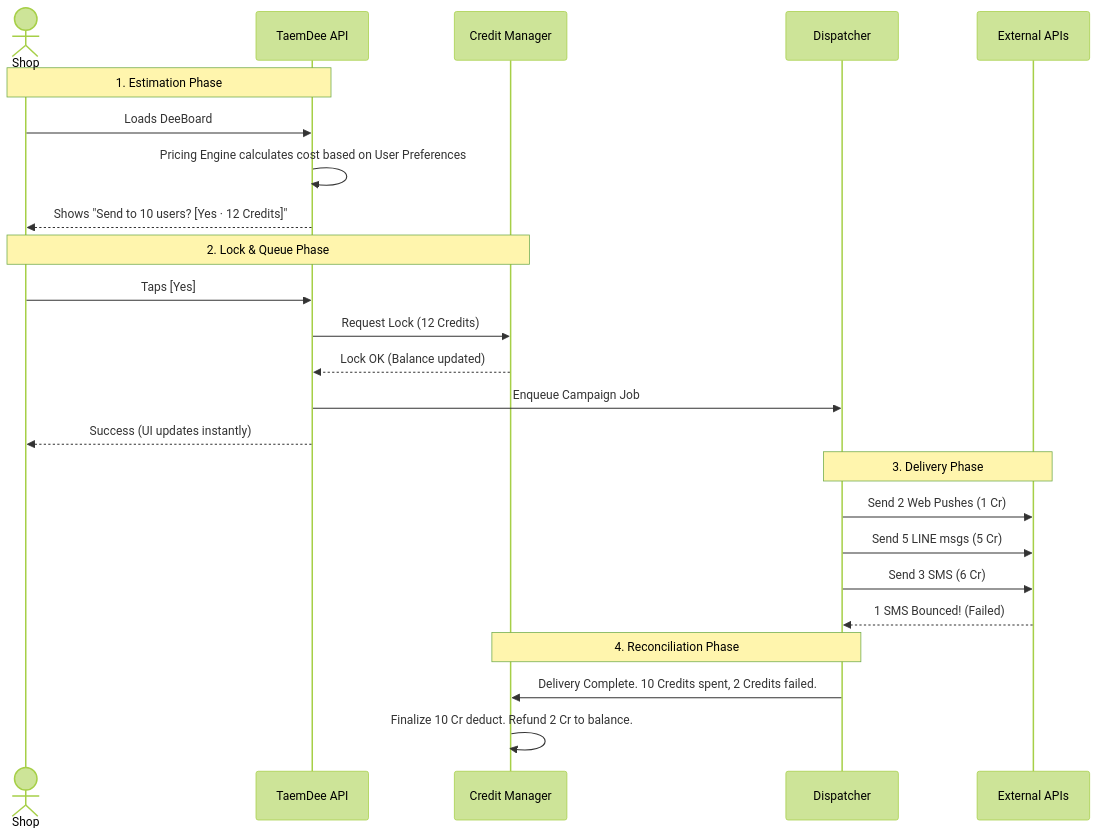
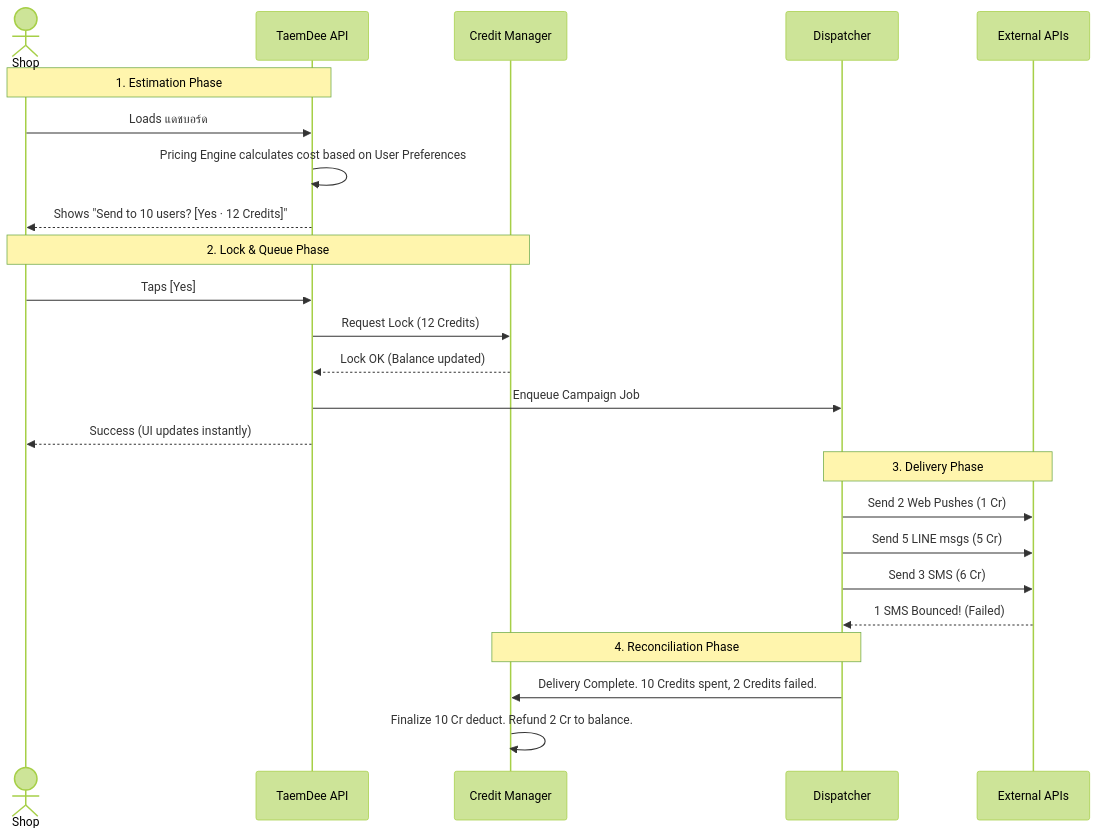
Before and after one commit to n-chatchai/taemdee: the second of 2 diagrams in DEEREACH.md, drawn with Mermaid (forest theme). The commit also changed other lines of this file and 17 other files, not shown here.

First line of the commit message:
rename: DeeBoard → แดชบอร์ด

````diff
--- a/DEEREACH.md
+++ b/DEEREACH.md
@@ -80,31 +80,31 @@
 ```mermaid
 sequenceDiagram
     actor Shop
     participant Backend as TaemDee API
     participant Ledger as Credit Manager
     participant Worker as Dispatcher
     participant Ext as External APIs
 
     Note over Shop, Backend: 1. Estimation Phase
-    Shop->>Backend: Loads DeeBoard
+    Shop->>Backend: Loads แดชบอร์ด
     Backend->>Backend: Pricing Engine calculates cost based on User Preferences
     Backend-->>Shop: Shows "Send to 10 users? [Yes · 12 Credits]"
 
     Note over Shop, Ledger: 2. Lock & Queue Phase
     Shop->>Backend: Taps [Yes]
     Backend->>Ledger: Request Lock (12 Credits)
     Ledger-->>Backend: Lock OK (Balance updated)
     Backend->>Worker: Enqueue Campaign Job
     Backend-->>Shop: Success (UI updates instantly)
 
     Note over Worker, Ext: 3. Delivery Phase
     Worker->>Ext: Send 2 Web Pushes (1 Cr)
     Worker->>Ext: Send 5 LINE msgs (5 Cr)
     Worker->>Ext: Send 3 SMS (6 Cr)
     
     Ext-->>Worker: 1 SMS Bounced! (Failed)
 
     Note over Worker, Ledger: 4. Reconciliation Phase
     Worker->>Ledger: Delivery Complete. 10 Credits spent, 2 Credits failed.
     Ledger->>Ledger: Finalize 10 Cr deduct. Refund 2 Cr to balance.
 ```
````
